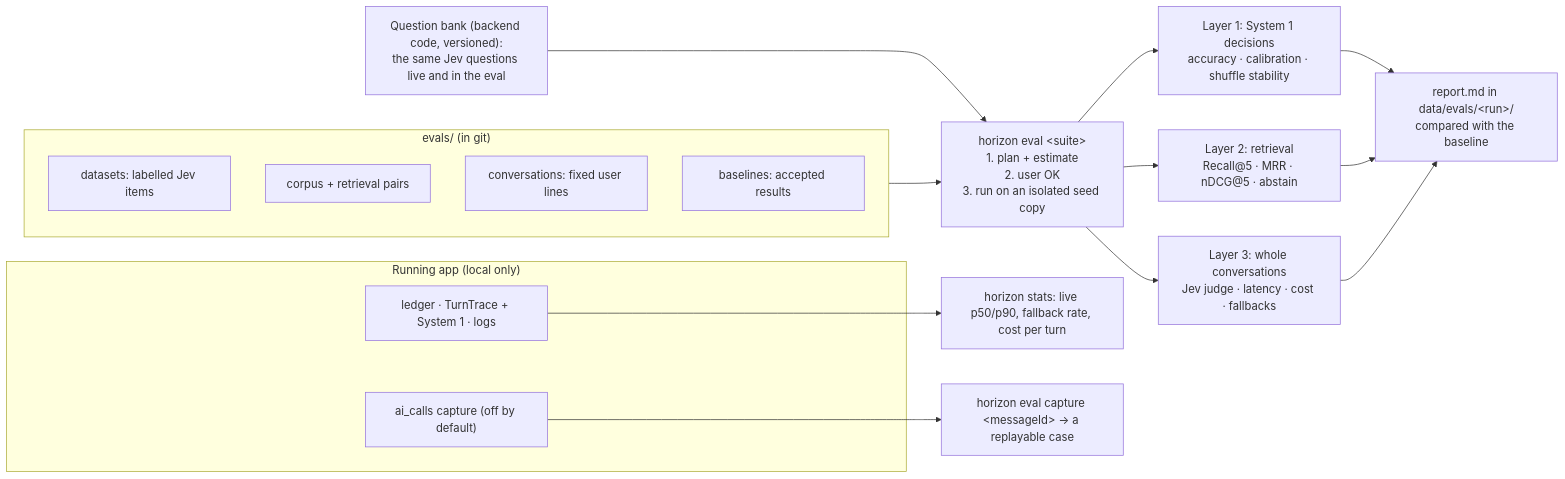
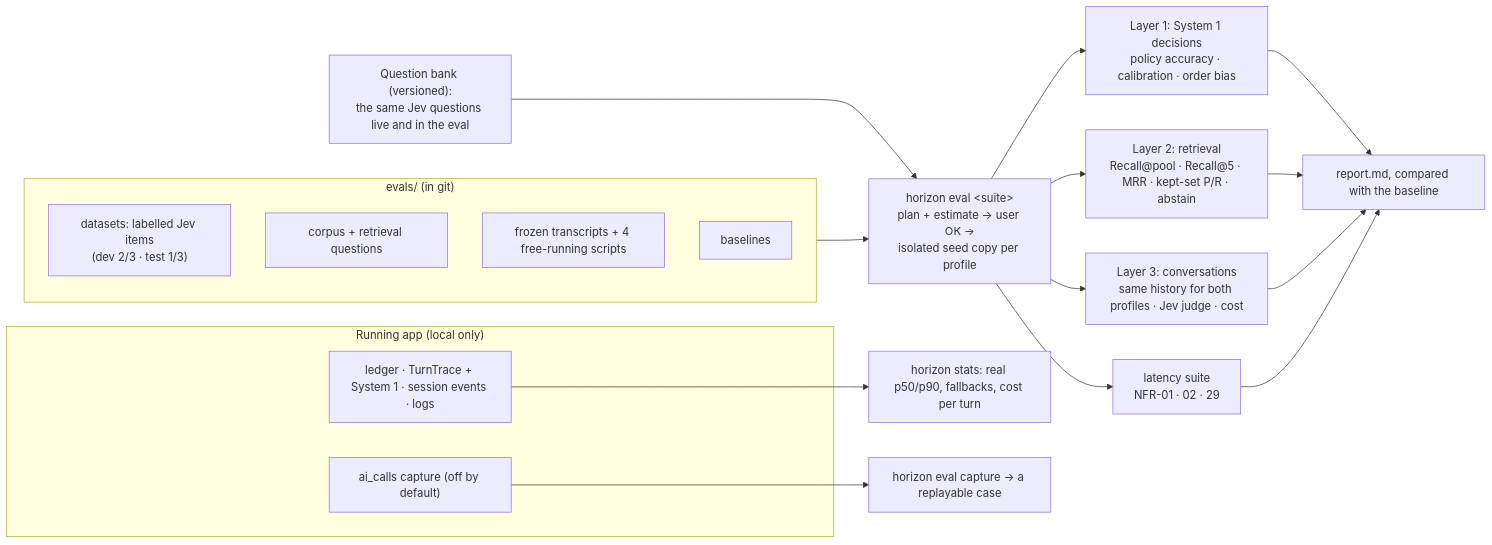
One commit to weihang369/Horizon changed the diagram in docs/ai/02-evaluation-observability.md. Above: the diagram before and after it, drawn with Mermaid. The commit also changed other lines of this file and 1 other file, not shown here.

Commit message:
AI design pack: task 2 revised after two independent reviews (same-history comparison, held-out tuning, fallback-aware floors, Forget-safe capture, cheaper cached runs)

````diff
--- a/docs/ai/02-evaluation-observability.md
+++ b/docs/ai/02-evaluation-observability.md
@@ -82,25 +99,27 @@
 ```mermaid
 flowchart LR
     subgraph REPO["evals/ (in git)"]
-        D1["datasets: labelled Jev items"]
-        D2["corpus + retrieval pairs"]
-        D3["conversations: fixed user lines"]
-        BL["baselines: accepted results"]
+        D1["datasets: labelled Jev items<br/>(dev 2/3 · test 1/3)"]
+        D2["corpus + retrieval questions"]
+        D3["frozen transcripts + 4 free-running scripts"]
+        BL["baselines"]
     end
-    QB["Question bank (backend code, versioned):<br/>the same Jev questions live and in the eval"]
-    CLI["horizon eval &lt;suite&gt;<br/>1. plan + estimate<br/>2. user OK<br/>3. run on an isolated seed copy"]
+    QB["Question bank (versioned):<br/>the same Jev questions live and in the eval"]
+    CLI["horizon eval &lt;suite&gt;<br/>plan + estimate → user OK →<br/>isolated seed copy per profile"]
     REPO --> CLI
     QB --> CLI
-    CLI --> L1["Layer 1: System 1 decisions<br/>accuracy · calibration · shuffle stability"]
-    CLI --> L2["Layer 2: retrieval<br/>Recall@5 · MRR · nDCG@5 · abstain"]
-    CLI --> L3["Layer 3: whole conversations<br/>Jev judge · latency · cost · fallbacks"]
-    L1 --> R["report.md in data/evals/&lt;run&gt;/<br/>compared with the baseline"]
+    CLI --> L1["Layer 1: System 1 decisions<br/>policy accuracy · calibration · order bias"]
+    CLI --> L2["Layer 2: retrieval<br/>Recall@pool · Recall@5 · MRR · kept-set P/R · abstain"]
+    CLI --> L3["Layer 3: conversations<br/>same history for both profiles · Jev judge · cost"]
+    CLI --> LT["latency suite<br/>NFR-01 · 02 · 29"]
+    L1 --> R["report.md, compared with the baseline"]
     L2 --> R
     L3 --> R
+    LT --> R
     subgraph APP["Running app (local only)"]
-        T["ledger · TurnTrace + System 1 · logs"]
+        T["ledger · TurnTrace + System 1 · session events · logs"]
         C["ai_calls capture (off by default)"]
     end
-    T --> S["horizon stats: live p50/p90, fallback rate, cost per turn"]
-    C --> CAP["horizon eval capture &lt;messageId&gt; → a replayable case"]
+    T --> S["horizon stats: real p50/p90, fallbacks, cost per turn"]
+    C --> CAP["horizon eval capture → a replayable case"]
 ```
````
